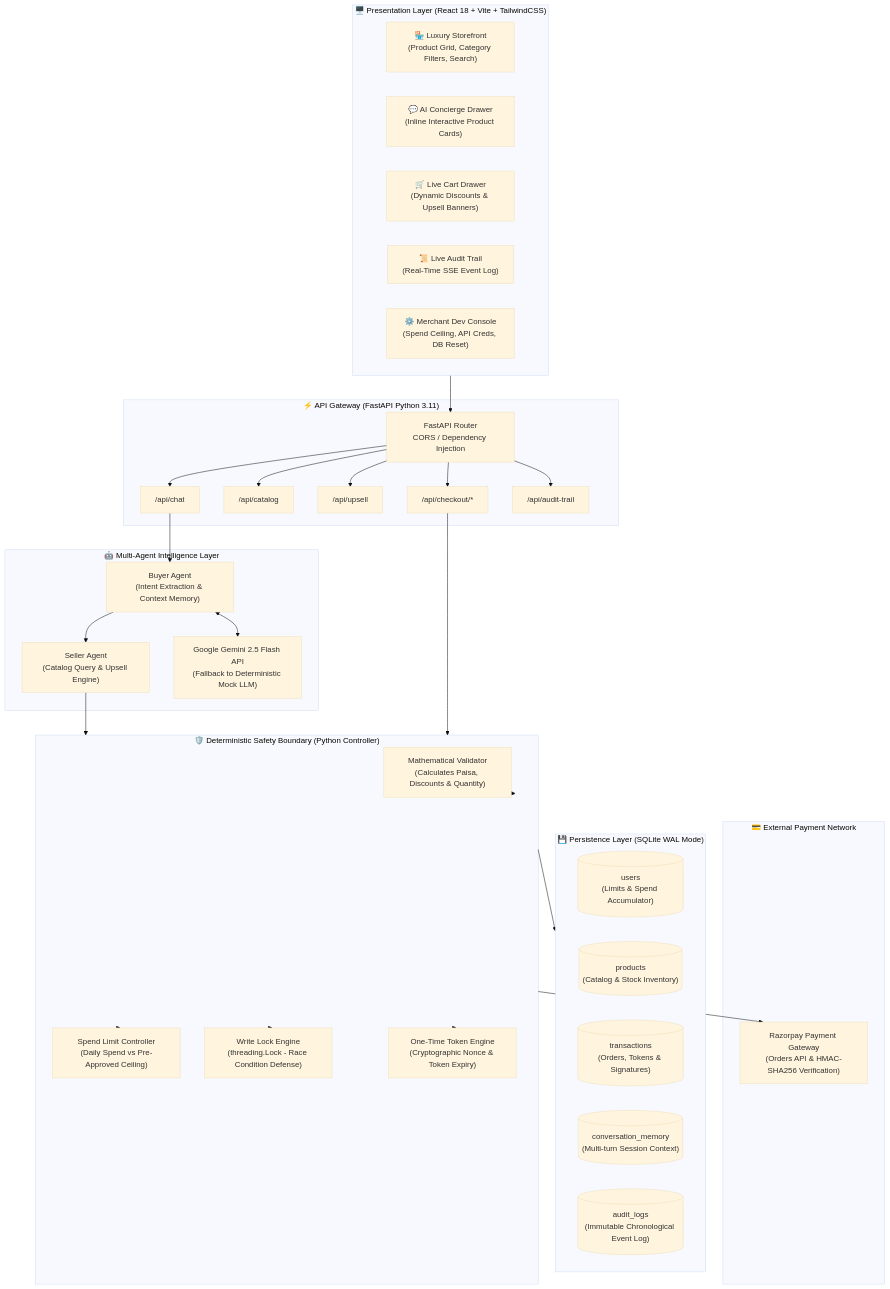
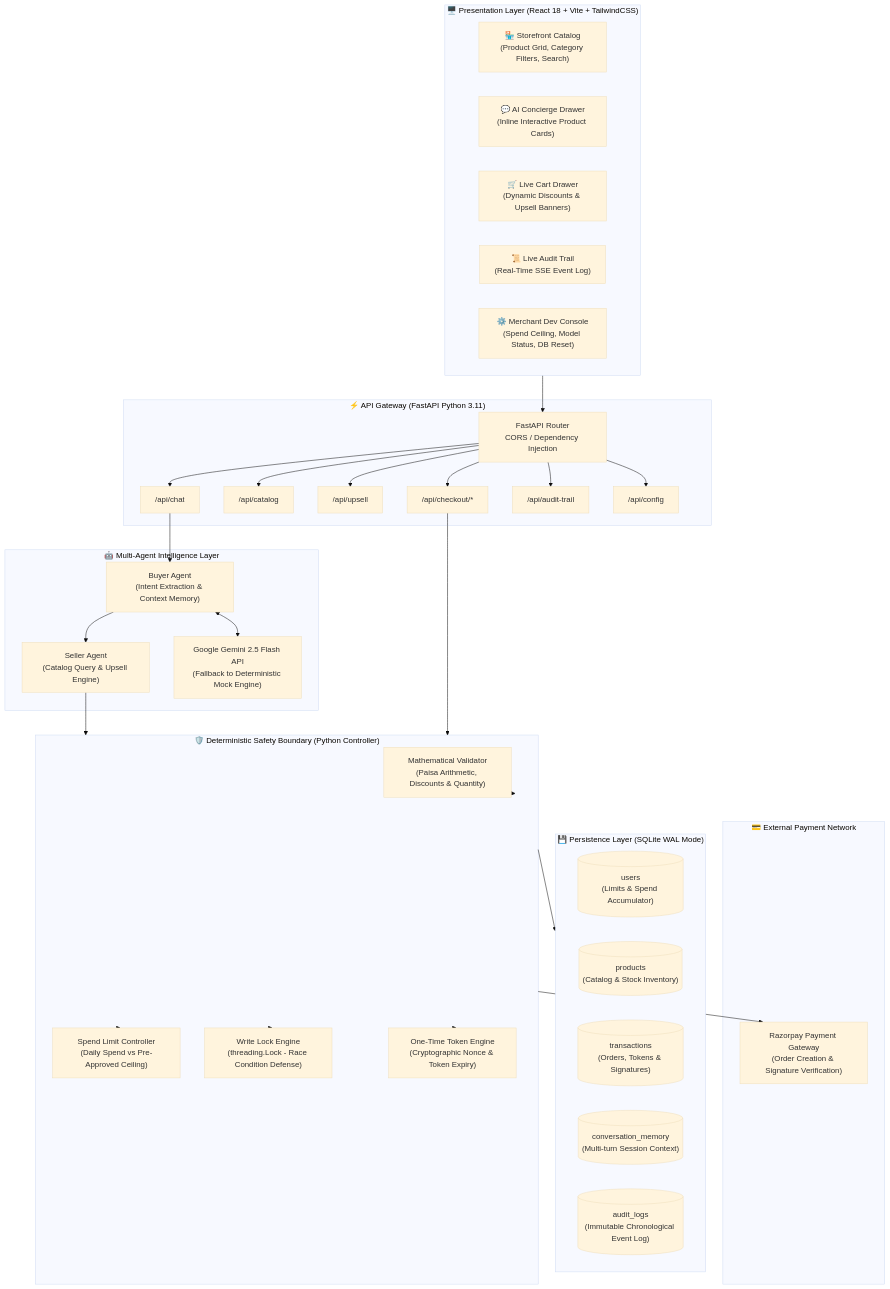
The first of 5 diagrams in README.md (krishna016agarwal/Agentic_Commerce), drawn with Mermaid (base theme) before and after one commit. The commit also changed other lines of this file and 10 other files, not shown here.

````diff
--- a/README.md
+++ b/README.md
@@ -31,65 +34,67 @@
 ```mermaid
 graph TB
     subgraph ClientLayer["🖥️ Presentation Layer (React 18 + Vite + TailwindCSS)"]
-        UI_Store["🏪 Luxury Storefront<br/>(Product Grid, Category Filters, Search)"]
+        UI_Store["🏪 Storefront Catalog<br/>(Product Grid, Category Filters, Search)"]
         UI_Chat["💬 AI Concierge Drawer<br/>(Inline Interactive Product Cards)"]
         UI_Cart["🛒 Live Cart Drawer<br/>(Dynamic Discounts & Upsell Banners)"]
         UI_Audit["📜 Live Audit Trail<br/>(Real-Time SSE Event Log)"]
-        UI_Console["⚙️ Merchant Dev Console<br/>(Spend Ceiling, API Creds, DB Reset)"]
+        UI_Console["⚙️ Merchant Dev Console<br/>(Spend Ceiling, Model Status, DB Reset)"]
     end
 
     subgraph APILayer["⚡ API Gateway (FastAPI Python 3.11)"]
         Router["FastAPI Router<br/>CORS / Dependency Injection"]
         Endpoint_Chat["/api/chat"]
         Endpoint_Catalog["/api/catalog"]
         Endpoint_Upsell["/api/upsell"]
         Endpoint_Checkout["/api/checkout/*"]
         Endpoint_Audit["/api/audit-trail"]
+        Endpoint_Config["/api/config"]
     end
 
     subgraph AILayer["🤖 Multi-Agent Intelligence Layer"]
         Buyer["Buyer Agent<br/>(Intent Extraction & Context Memory)"]
         Seller["Seller Agent<br/>(Catalog Query & Upsell Engine)"]
-        Gemini["Google Gemini 2.5 Flash API<br/>(Fallback to Deterministic Mock LLM)"]
+        Gemini["Google Gemini 2.5 Flash API<br/>(Fallback to Deterministic Mock Engine)"]
     end
 
     subgraph SafetyLayer["🛡️ Deterministic Safety Boundary (Python Controller)"]
-        Validator["Mathematical Validator<br/>(Calculates Paisa, Discounts & Quantity)"]
+        Validator["Mathematical Validator<br/>(Paisa Arithmetic, Discounts & Quantity)"]
         LimitChecker["Spend Limit Controller<br/>(Daily Spend vs Pre-Approved Ceiling)"]
         ConcurrencyLock["Write Lock Engine<br/>(threading.Lock - Race Condition Defense)"]
         TokenAuth["One-Time Token Engine<br/>(Cryptographic Nonce & Token Expiry)"]
     end
 
     subgraph PersistenceLayer["💾 Persistence Layer (SQLite WAL Mode)"]
         DB_Users[("users<br/>(Limits & Spend Accumulator)")]
         DB_Products[("products<br/>(Catalog & Stock Inventory)")]
         DB_Transactions[("transactions<br/>(Orders, Tokens & Signatures)")]
         DB_Memory[("conversation_memory<br/>(Multi-turn Session Context)")]
         DB_Audit[("audit_logs<br/>(Immutable Chronological Event Log)")]
     end
 
-    subgraph ExternalGateway["💳 External Payment Network"]
-        RazorpayAPI["Razorpay Payment Gateway<br/>(Orders API & HMAC-SHA256 Verification)"]
+    subgraph PaymentGateway["💳 External Payment Network"]
+        RazorpayAPI["Razorpay Payment Gateway<br/>(Order Creation & Signature Verification)"]
     end
 
     ClientLayer --> Router
     Router --> Endpoint_Chat
     Router --> Endpoint_Catalog
     Router --> Endpoint_Upsell
     Router --> Endpoint_Checkout
     Router --> Endpoint_Audit
+    Router --> Endpoint_Config
 
     Endpoint_Chat --> Buyer
     Buyer <--> Gemini
     Buyer --> Seller
     Seller --> SafetyLayer
 
     Endpoint_Checkout --> SafetyLayer
     SafetyLayer --> LimitChecker
     SafetyLayer --> Validator
     SafetyLayer --> ConcurrencyLock
     SafetyLayer --> TokenAuth
 
     SafetyLayer --> PersistenceLayer
     SafetyLayer --> RazorpayAPI
 ```
````
